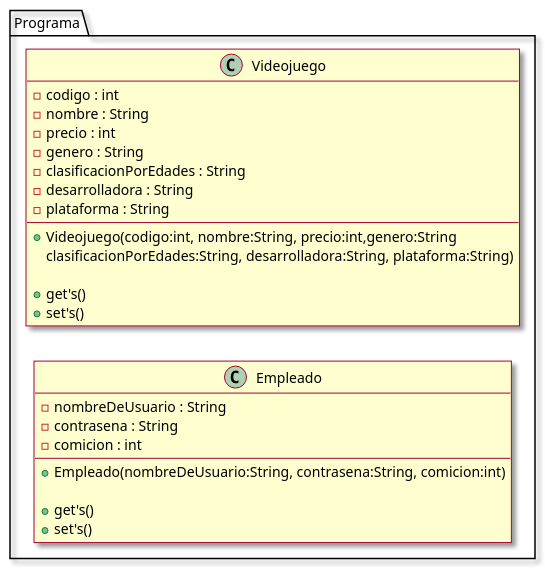
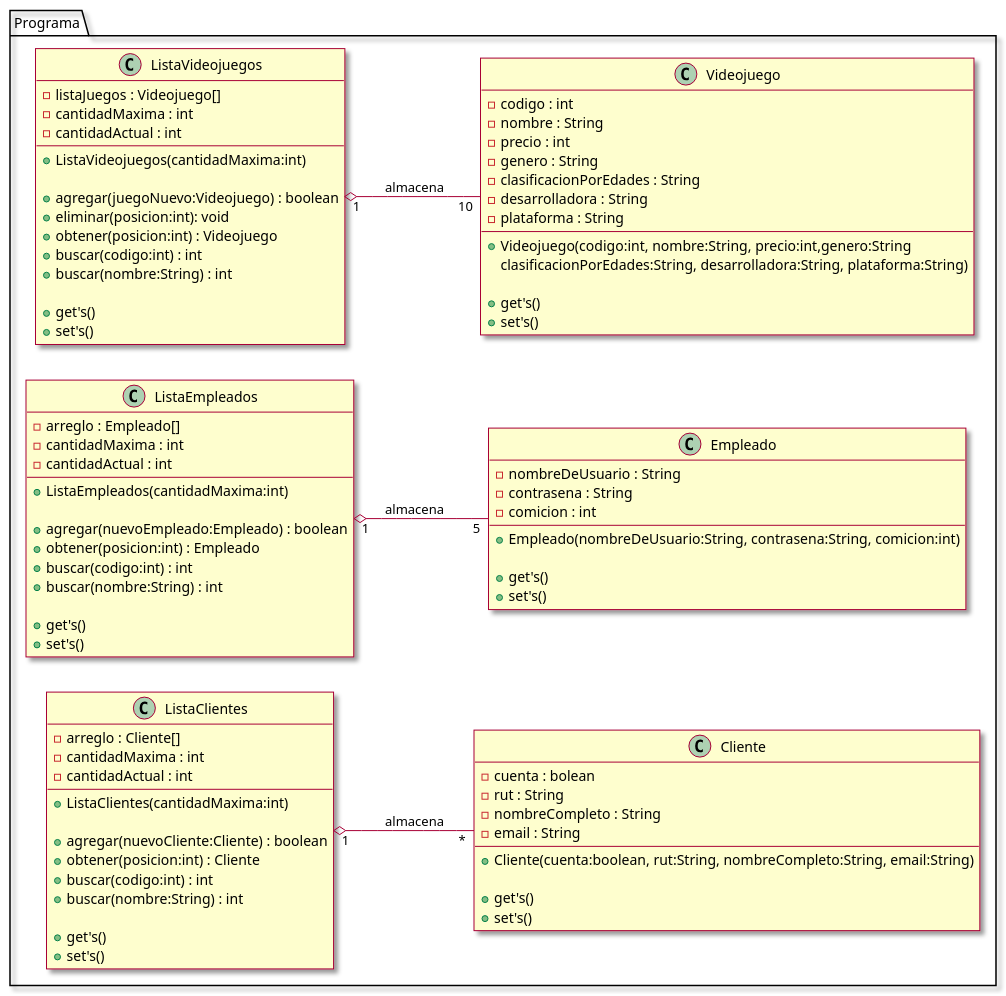
Before and after one commit to SrMoebius/-PA-Taller1_AguileraRodrigo-Cort-sDiego: the diagram in src/Diagrama de Clases.puml, drawn with PlantUML.

Commit message:
Diagrama de Clases (lista de clases, clase Cliente, metodos, relaciones)

```diff
--- a/src/Diagrama de Clases.puml
+++ b/src/Diagrama de Clases.puml
@@ -1,51 +1,123 @@
 @startuml
 'https://plantuml.com/class-diagram
 
 left to right direction
 skin rose
 
 
 
 package Programa {
 
-'Clases
+    'Clases
 
-class Videojuego{
+    class Videojuego{
 
-    - codigo : int
-    - nombre : String
-    - precio : int
-    - genero : String
-    - clasificacionPorEdades : String
-    - desarrolladora : String
-    - plataforma : String
+        - codigo : int
+        - nombre : String
+        - precio : int
+        - genero : String
+        - clasificacionPorEdades : String
+        - desarrolladora : String
+        - plataforma : String
 
-    + Videojuego(codigo:int, nombre:String, precio:int,genero:String
-    clasificacionPorEdades:String, desarrolladora:String, plataforma:String)
+        + Videojuego(codigo:int, nombre:String, precio:int,genero:String
+        clasificacionPorEdades:String, desarrolladora:String, plataforma:String)
 
-    +get's()
-    +set's()
+        +get's()
+        +set's()
 
-}
+    }
 
-class Empleado{
-    - nombreDeUsuario : String
-    - contrasena : String
-    - comicion : int
+    class ListaVideojuegos{
 
-    + Empleado(nombreDeUsuario:String, contrasena:String, comicion:int)
+        - listaJuegos : Videojuego[]
+        - cantidadMaxima : int
+        - cantidadActual : int
 
-    + get's()
-    + set's()
+        + ListaVideojuegos(cantidadMaxima:int)
 
-}
+        + agregar(juegoNuevo:Videojuego) : boolean
+        + eliminar(posicion:int): void
+        + obtener(posicion:int) : Videojuego
+        + buscar(codigo:int) : int
+        + buscar(nombre:String) : int
+
+        + get's()
+        + set's()
+
+    }
+
+    class Empleado{
+        - nombreDeUsuario : String
+        - contrasena : String
+        - comicion : int
+
+        + Empleado(nombreDeUsuario:String, contrasena:String, comicion:int)
+
+        + get's()
+        + set's()
+
+    }
+
+    class ListaEmpleados{
+
+        - arreglo : Empleado[]
+        - cantidadMaxima : int
+        - cantidadActual : int
+
+        + ListaEmpleados(cantidadMaxima:int)
+
+        + agregar(nuevoEmpleado:Empleado) : boolean
+        + obtener(posicion:int) : Empleado
+        + buscar(codigo:int) : int
+        + buscar(nombre:String) : int
+
+        + get's()
+        + set's()
+
+    }
+
+    class Cliente{
+
+        - cuenta : bolean
+        - rut : String
+        - nombreCompleto : String
+        - email : String
+
+        + Cliente(cuenta:boolean, rut:String, nombreCompleto:String, email:String)
+
+        + get's()
+        + set's()
+
+    }
+
+    class ListaClientes{
+
+        - arreglo : Cliente[]
+        - cantidadMaxima : int
+        - cantidadActual : int
+
+        + ListaClientes(cantidadMaxima:int)
+
+        + agregar(nuevoCliente:Cliente) : boolean
+        + obtener(posicion:int) : Cliente
+        + buscar(codigo:int) : int
+        + buscar(nombre:String) : int
+
+        + get's()
+        + set's()
+
+    }
 
 
 }
 
 
 'Relaciones
 
+ListaVideojuegos "1" o-- "10" Videojuego : almacena
+ListaEmpleados "1" o-- "5" Empleado : almacena
+ListaClientes "1" o-- "*" Cliente : almacena
 
 
 @enduml
```
